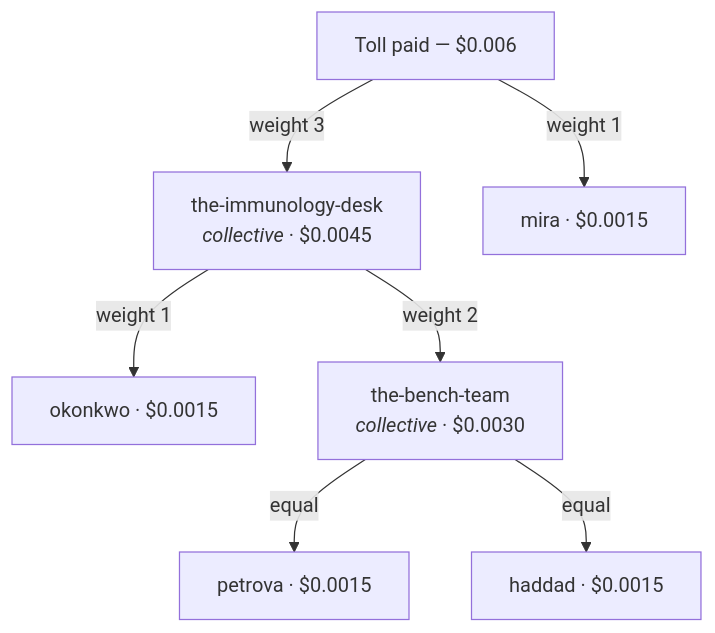
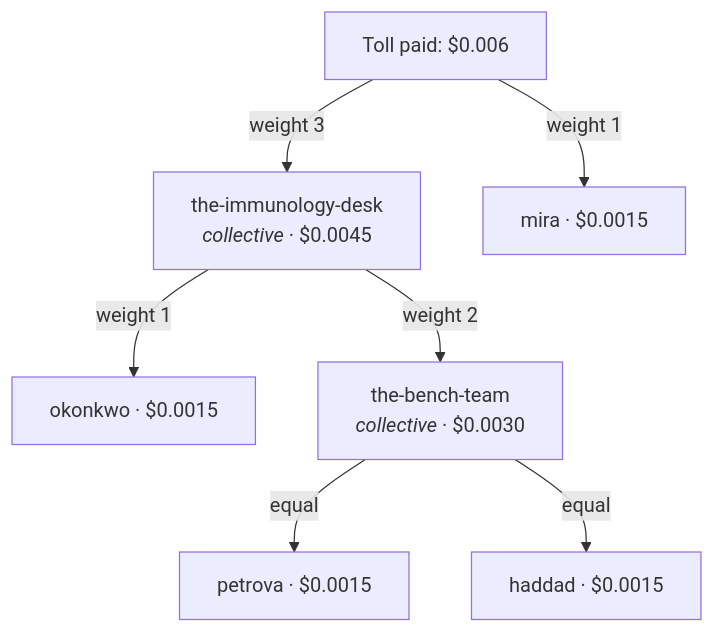
Before and after one commit to naulonapp/naulon: the second of 4 diagrams in README.md, drawn with Mermaid. The commit also changed other lines of this file and 19 other files, not shown here.

````diff
--- a/README.md
+++ b/README.md
@@ -60,10 +60,10 @@
 ```mermaid
 flowchart TD
-    Toll["Toll paid — $0.006"]
+    Toll["Toll paid: $0.006"]
     Toll -->|weight 3| Desk["the-immunology-desk<br/><i>collective</i> · $0.0045"]
     Toll -->|weight 1| Mira["mira · $0.0015"]
     Desk -->|weight 1| Oko["okonkwo · $0.0015"]
     Desk -->|weight 2| Bench["the-bench-team<br/><i>collective</i> · $0.0030"]
     Bench -->|equal| Pet["petrova · $0.0015"]
     Bench -->|equal| Had["haddad · $0.0015"]
 ```
````
